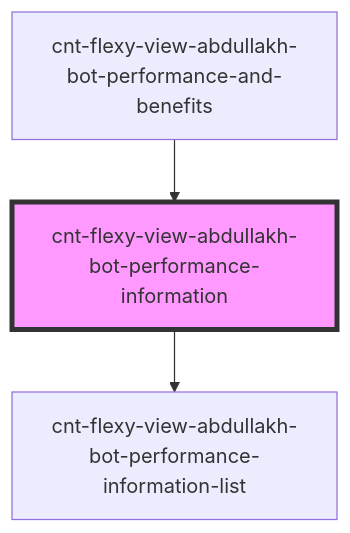
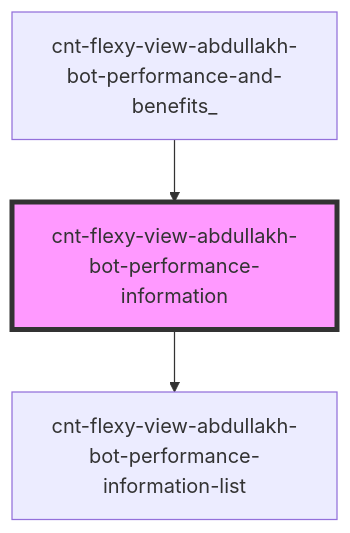
Before and after one commit to Wokh-Dada/botdevelopmentapp: the diagram in src/components/cnt-flexy-view-abdullakh-bot-performance-and-benefits/res/view/cnt-flexy-view-abdullakh-bot-performance-and-benefits_/res/view/cnt-flexy-view-abdullakh-bot-performance-information/readme.md, drawn with Mermaid. The commit also changed other lines of this file and 34 other files, not shown here.

````diff
--- a/src/components/cnt-flexy-view-abdullakh-bot-performance-and-benefits/res/view/cnt-flexy-view-abdullakh-bot-performance-and-benefits_/res/view/cnt-flexy-view-abdullakh-bot-performance-information/readme.md
+++ b/src/components/cnt-flexy-view-abdullakh-bot-performance-and-benefits/res/view/cnt-flexy-view-abdullakh-bot-performance-and-benefits_/res/view/cnt-flexy-view-abdullakh-bot-performance-information/readme.md
@@ -34,6 +34,6 @@
 ```mermaid
 graph TD;
   cnt-flexy-view-abdullakh-bot-performance-information --> cnt-flexy-view-abdullakh-bot-performance-information-list
-  cnt-flexy-view-abdullakh-bot-performance-and-benefits --> cnt-flexy-view-abdullakh-bot-performance-information
+  cnt-flexy-view-abdullakh-bot-performance-and-benefits_ --> cnt-flexy-view-abdullakh-bot-performance-information
   style cnt-flexy-view-abdullakh-bot-performance-information fill:#f9f,stroke:#333,stroke-width:4px
 ```
````
